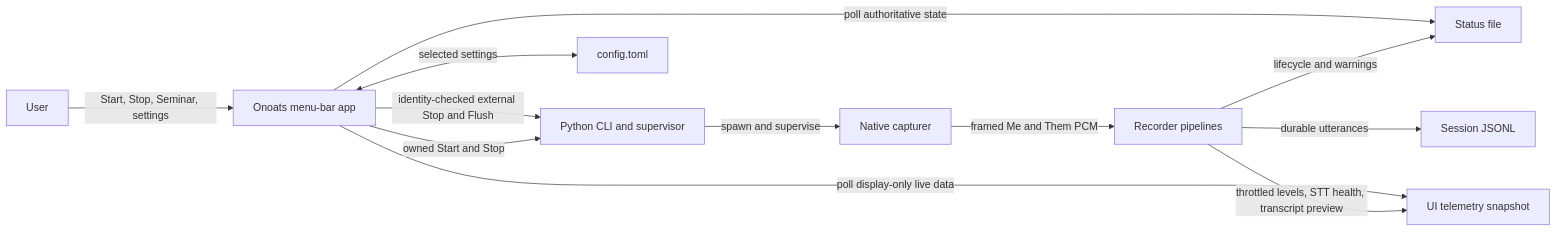
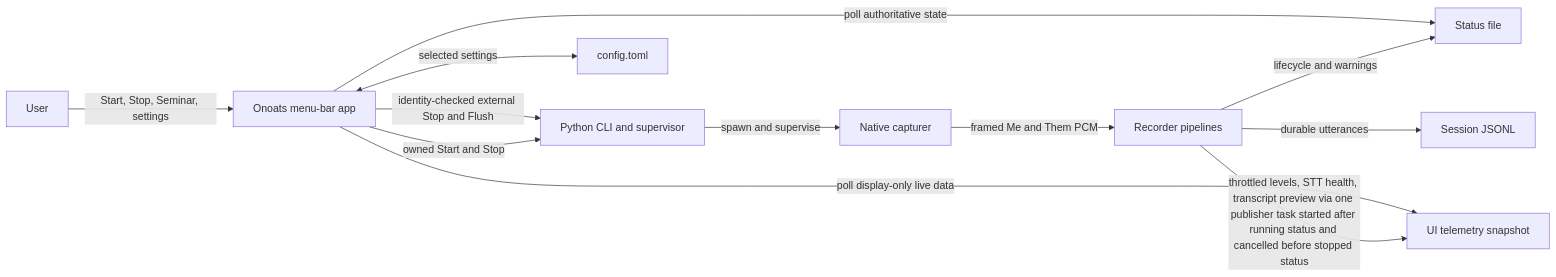
The first of 2 diagrams in docs/dev_plans/20261028-feature-menubar-control-panel.md (vr000m/onoats-bot), drawn with Mermaid before and after one commit. The commit also changed other lines of this file, not shown here.

````diff
--- a/docs/dev_plans/20261028-feature-menubar-control-panel.md
+++ b/docs/dev_plans/20261028-feature-menubar-control-panel.md
@@ -290,14 +314,14 @@
 ```mermaid
 graph LR
     U["User"] -->|"Start, Stop, Seminar, settings"| M["Onoats menu-bar app"]
     M -->|"owned Start and Stop"| P["Python CLI and supervisor"]
     M -->|"identity-checked external Stop and Flush"| P
     M <-->|"selected settings"| C["config.toml"]
     P -->|"spawn and supervise"| N["Native capturer"]
     N -->|"framed Me and Them PCM"| R["Recorder pipelines"]
     R -->|"lifecycle and warnings"| S["Status file"]
-    R -->|"throttled levels, STT health, transcript preview"| T["UI telemetry snapshot"]
+    R -->|"throttled levels, STT health, transcript preview via one publisher task started after running status and cancelled before stopped status"| T["UI telemetry snapshot"]
     R -->|"durable utterances"| J["Session JSONL"]
     M -->|"poll authoritative state"| S
     M -->|"poll display-only live data"| T
 ```
````
